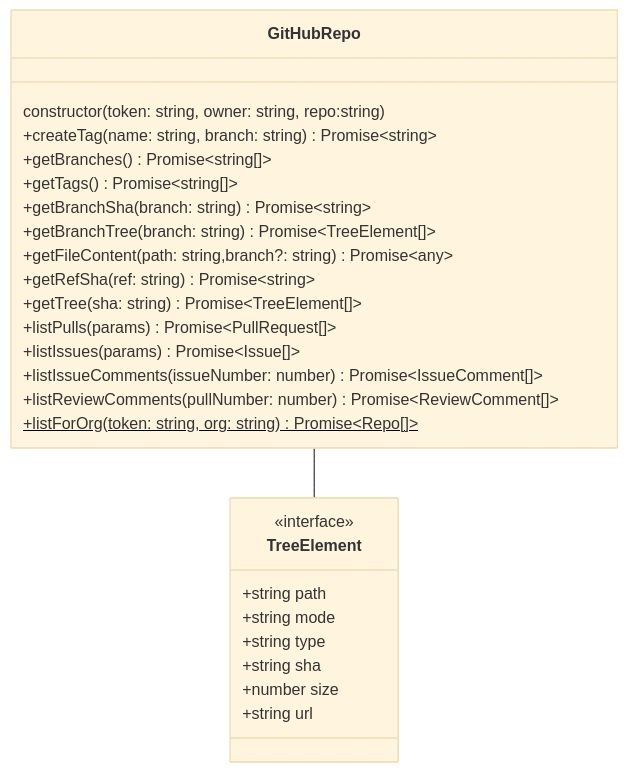
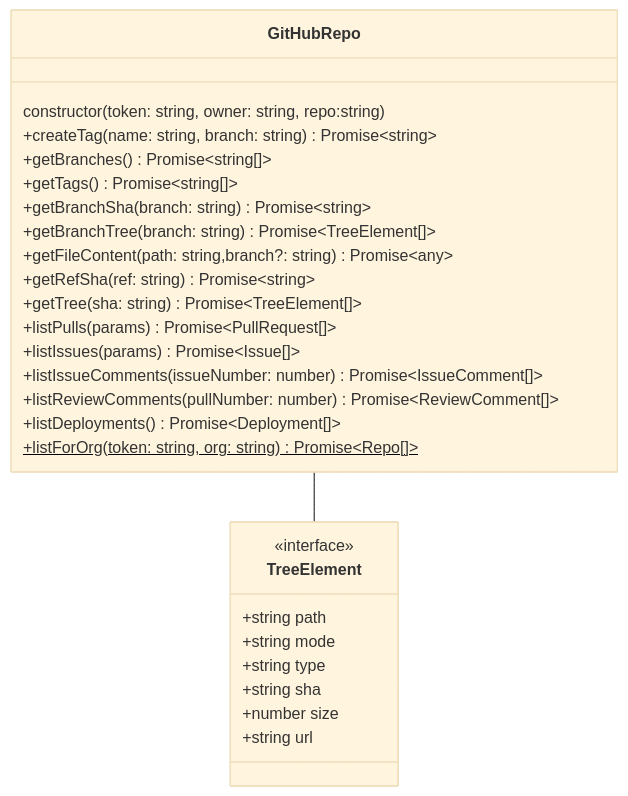
The diagram in docs/md/GitHubRepo.md (tomsdoo/github-repo), drawn with Mermaid (base theme) before and after one commit. The commit also changed other lines of this file and 4 other files, not shown here.

Commit message:
GitHubRepo listDeployments() (#44)

````diff
--- a/docs/md/GitHubRepo.md
+++ b/docs/md/GitHubRepo.md
@@ -23,32 +24,33 @@
 ``` mermaid
 classDiagram
 
 class GitHubRepo {
   constructor(token: string, owner: string, repo:string)
   +createTag(name: string, branch: string) Promise~string~
   +getBranches() Promise~string[]~
   +getTags() Promise~string[]~
   +getBranchSha(branch: string) Promise~string~
   +getBranchTree(branch: string) Promise~TreeElement[]~
   +getFileContent(path: string,branch?: string) Promise~any~
   +getRefSha(ref: string) Promise~string~
   +getTree(sha: string) Promise~TreeElement[]~
   +listPulls(params) Promise~PullRequest[]~
   +listIssues(params) Promise~Issue[]~
   +listIssueComments(issueNumber: number) Promise~IssueComment[]~
   +listReviewComments(pullNumber: number) Promise~ReviewComment[]~
+  +listDeployments() Promise~Deployment[]~
   +listForOrg(token: string, org: string) Promise~Repo[]~$
 }
 
 class TreeElement {
   <<interface>>
   +string path
   +string mode
   +string type
   +string sha
   +number size
   +string url
 }
 
 GitHubRepo -- TreeElement
 ```
````
